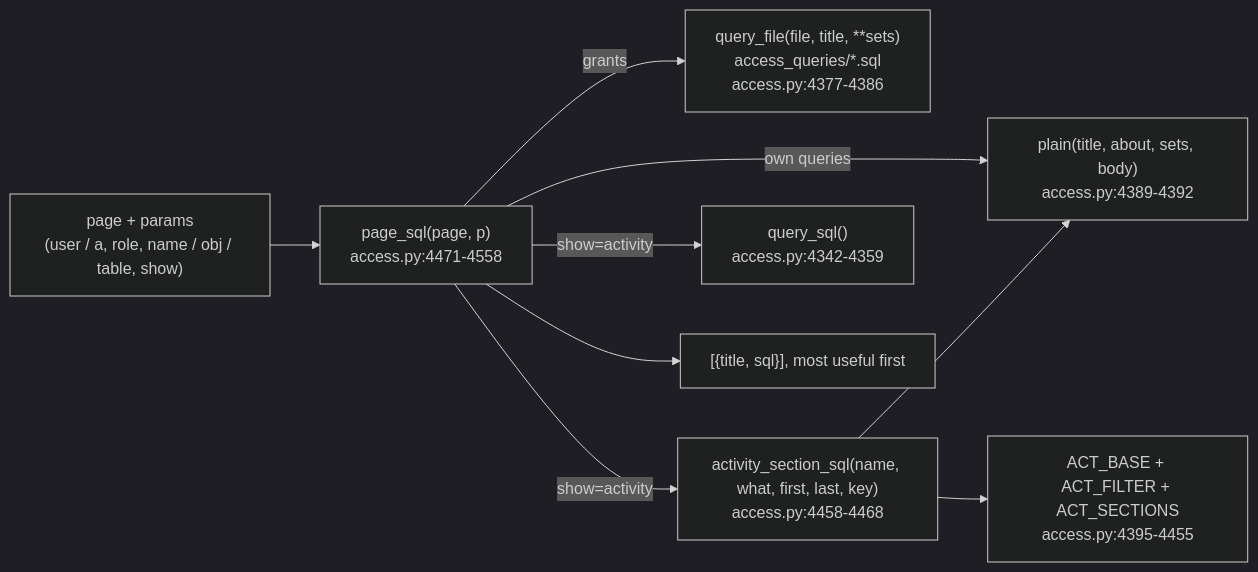
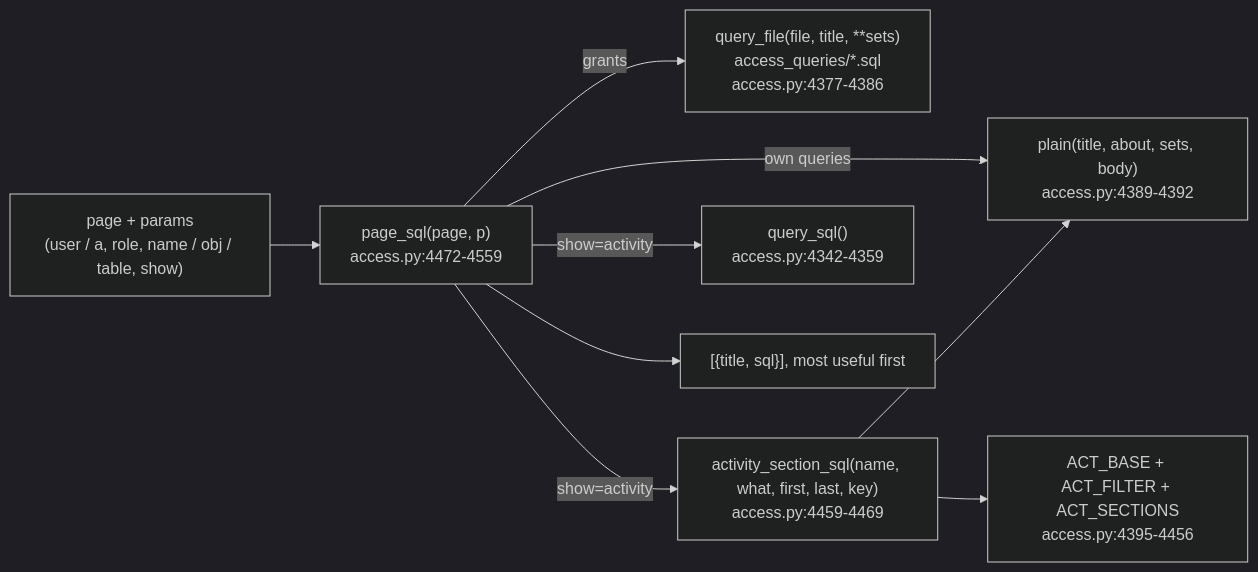
The diagram in snowflake-access-explorer-knowledge-graph/logic/page-sql.md (darshanmeel/snowflake-access-explorer), drawn with Mermaid (dark theme) before and after one commit. The commit also changed other lines of this file and 28 other files, not shown here.

Commit message:
Knowledge graph at 8e4e792 (section SQL fix), node lines synced

````diff
--- a/snowflake-access-explorer-knowledge-graph/logic/page-sql.md
+++ b/snowflake-access-explorer-knowledge-graph/logic/page-sql.md
@@ -6,11 +6,11 @@
 ```mermaid
 flowchart LR
-  P["page + params<br/>(user / a, role, name / obj / table, show)"] --> PS["page_sql(page, p)<br/>access.py:4471-4558"]
+  P["page + params<br/>(user / a, role, name / obj / table, show)"] --> PS["page_sql(page, p)<br/>access.py:4472-4559"]
   PS -->|grants| QF["query_file(file, title, **sets)<br/>access_queries/*.sql<br/>access.py:4377-4386"]
   PS -->|own queries| PL["plain(title, about, sets, body)<br/>access.py:4389-4392"]
-  PS -->|show=activity| AS["activity_section_sql(name, what, first, last, key)<br/>access.py:4458-4468"]
+  PS -->|show=activity| AS["activity_section_sql(name, what, first, last, key)<br/>access.py:4459-4469"]
   AS --> PL
-  AS --> AB["ACT_BASE + ACT_FILTER + ACT_SECTIONS<br/>access.py:4395-4455"]
+  AS --> AB["ACT_BASE + ACT_FILTER + ACT_SECTIONS<br/>access.py:4395-4456"]
   PS -->|show=activity| QS["query_sql()<br/>access.py:4342-4359"]
   PS --> OUT["[{title, sql}], most useful first"]
 ```
````
